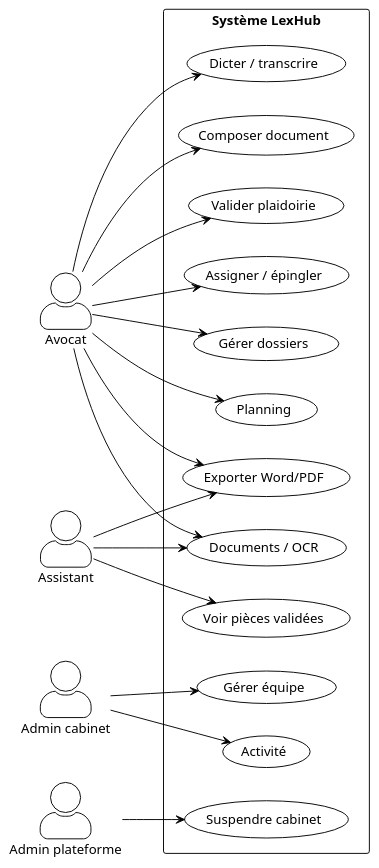
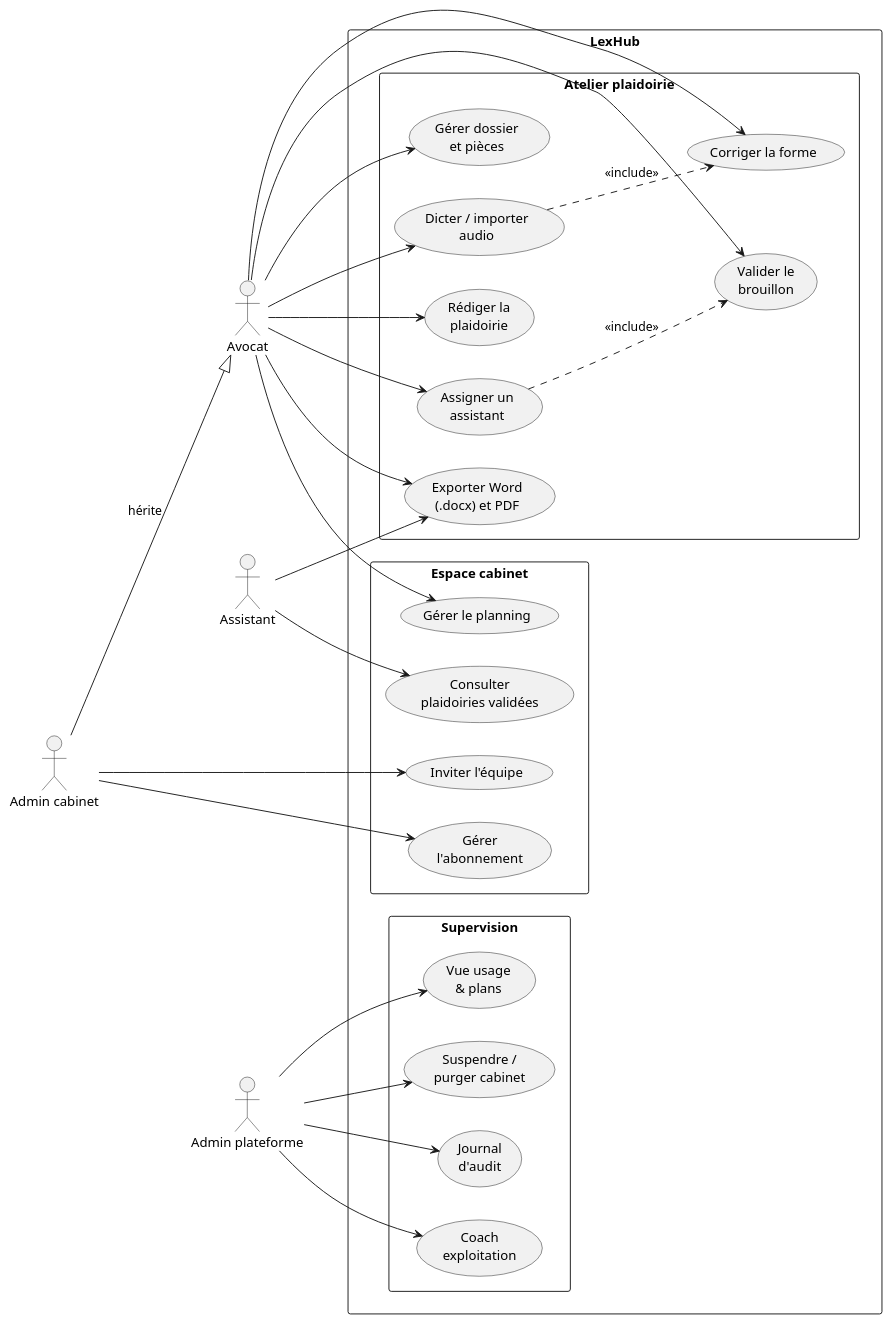
One commit to anadouae/Plateforme-d-Assistance-en-IA-pour-Avocats changed the diagram in docs/rapport-pfa-overleaf/rapport-pfa/diagrams/uc-lexhub.puml. Above: the diagram before and after it, drawn with PlantUML. The commit also changed 240 other files, not shown here.

Commit message:
Ship LexHub polish: invoices PDF, mobile docks, dictation, and PFA docs.

```diff
--- a/docs/rapport-pfa-overleaf/rapport-pfa/diagrams/uc-lexhub.puml
+++ b/docs/rapport-pfa-overleaf/rapport-pfa/diagrams/uc-lexhub.puml
@@ -1,41 +1,59 @@
 @startuml uc-lexhub
-!theme plain
+skinparam shadowing false
+skinparam packageStyle rectangle
 left to right direction
-skinparam packageStyle rectangle
-skinparam actorStyle awesome
 
 actor "Avocat" as Avocat
-actor "Assistant" as Assistant
 actor "Admin cabinet" as AdminCab
-actor "Admin plateforme" as AdminPlat
+actor "Assistant" as Asst
+actor "Admin plateforme" as Plat
 
-rectangle "Système LexHub" {
-  usecase "Dicter / transcrire" as UC1
-  usecase "Composer document" as UC2
-  usecase "Valider plaidoirie" as UC3
-  usecase "Assigner / épingler" as UC4
-  usecase "Exporter Word/PDF" as UC5
-  usecase "Voir pièces validées" as UC6
-  usecase "Gérer dossiers" as UC7
-  usecase "Documents / OCR" as UC8
-  usecase "Planning" as UC9
-  usecase "Gérer équipe" as UC10
-  usecase "Activité" as UC11
-  usecase "Suspendre cabinet" as UC12
+AdminCab --|> Avocat : hérite
+
+rectangle "LexHub" {
+  package "Atelier plaidoirie" {
+    usecase "Gérer dossier\net pièces" as UC1
+    usecase "Dicter / importer\naudio" as UC2
+    usecase "Corriger la forme" as UC3
+    usecase "Rédiger la\nplaidoirie" as UC4
+    usecase "Valider le\nbrouillon" as UC5
+    usecase "Assigner un\nassistant" as UC6
+    usecase "Exporter Word\n(.docx) et PDF" as UC7
+  }
+  package "Espace cabinet" {
+    usecase "Consulter\nplaidoiries validées" as UC8
+    usecase "Inviter l'équipe" as UC9
+    usecase "Gérer\nl'abonnement" as UC10
+    usecase "Gérer le planning" as UC11
+  }
+  package "Supervision" {
+    usecase "Vue usage\n& plans" as UC12a
+    usecase "Suspendre /\npurger cabinet" as UC12
+    usecase "Journal\nd'audit" as UC12b
+    usecase "Coach\nexploitation" as UC12c
+  }
 }
 
 Avocat --> UC1
 Avocat --> UC2
 Avocat --> UC3
 Avocat --> UC4
 Avocat --> UC5
+Avocat --> UC6
 Avocat --> UC7
-Avocat --> UC8
-Avocat --> UC9
-Assistant --> UC6
-Assistant --> UC5
-Assistant --> UC8
+Avocat --> UC11
+
+UC2 ..> UC3 : <<include>>
+UC6 ..> UC5 : <<include>>
+
+Asst --> UC8
+Asst --> UC7
+
+AdminCab --> UC9
 AdminCab --> UC10
-AdminCab --> UC11
-AdminPlat --> UC12
+
+Plat --> UC12a
+Plat --> UC12
+Plat --> UC12b
+Plat --> UC12c
 @enduml
```
